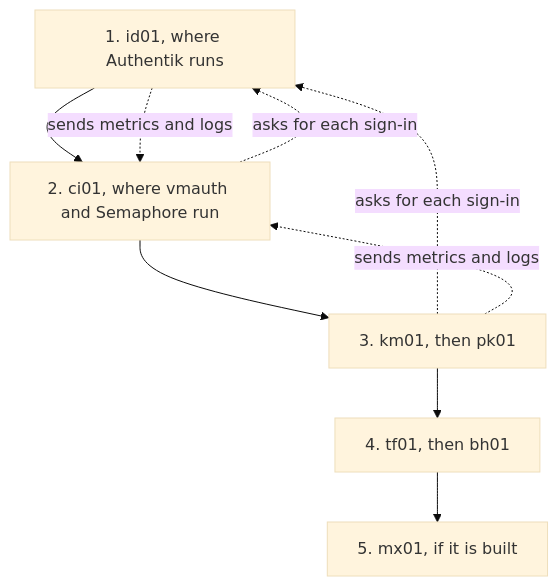
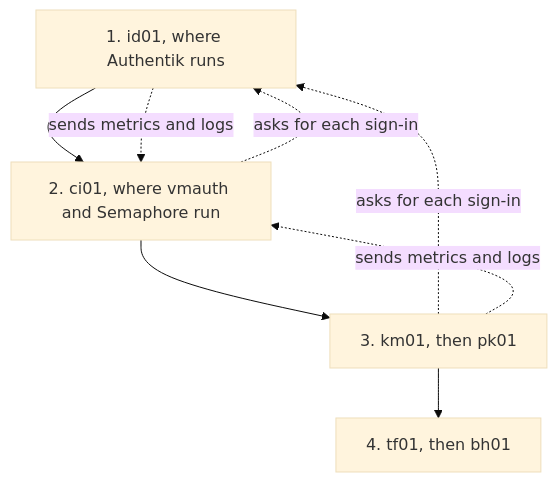
Before and after one commit to myah-mitchell/docs: the diagram in content/fleet-bootstrap/procedures/leave-bootstrap-mode.md, drawn with Mermaid (base theme). The commit also changed other lines of this file and 5 other files, not shown here.

````diff
--- a/content/fleet-bootstrap/procedures/leave-bootstrap-mode.md
+++ b/content/fleet-bootstrap/procedures/leave-bootstrap-mode.md
@@ -186,13 +189,12 @@
 ```mermaid
 flowchart TD
   id01[1. id01, where Authentik runs]
   ci01[2. ci01, where vmauth and Semaphore run]
   kmpk[3. km01, then pk01]
   tfbh[4. tf01, then bh01]
-  mx01[5. mx01, if it is built]
-  id01 --> ci01 --> kmpk --> tfbh --> mx01
+  id01 --> ci01 --> kmpk --> tfbh
   ci01 -.->|asks for each sign-in| id01
   kmpk -.->|asks for each sign-in| id01
   id01 -.->|sends metrics and logs| ci01
   kmpk -.->|sends metrics and logs| ci01
 ```
````
